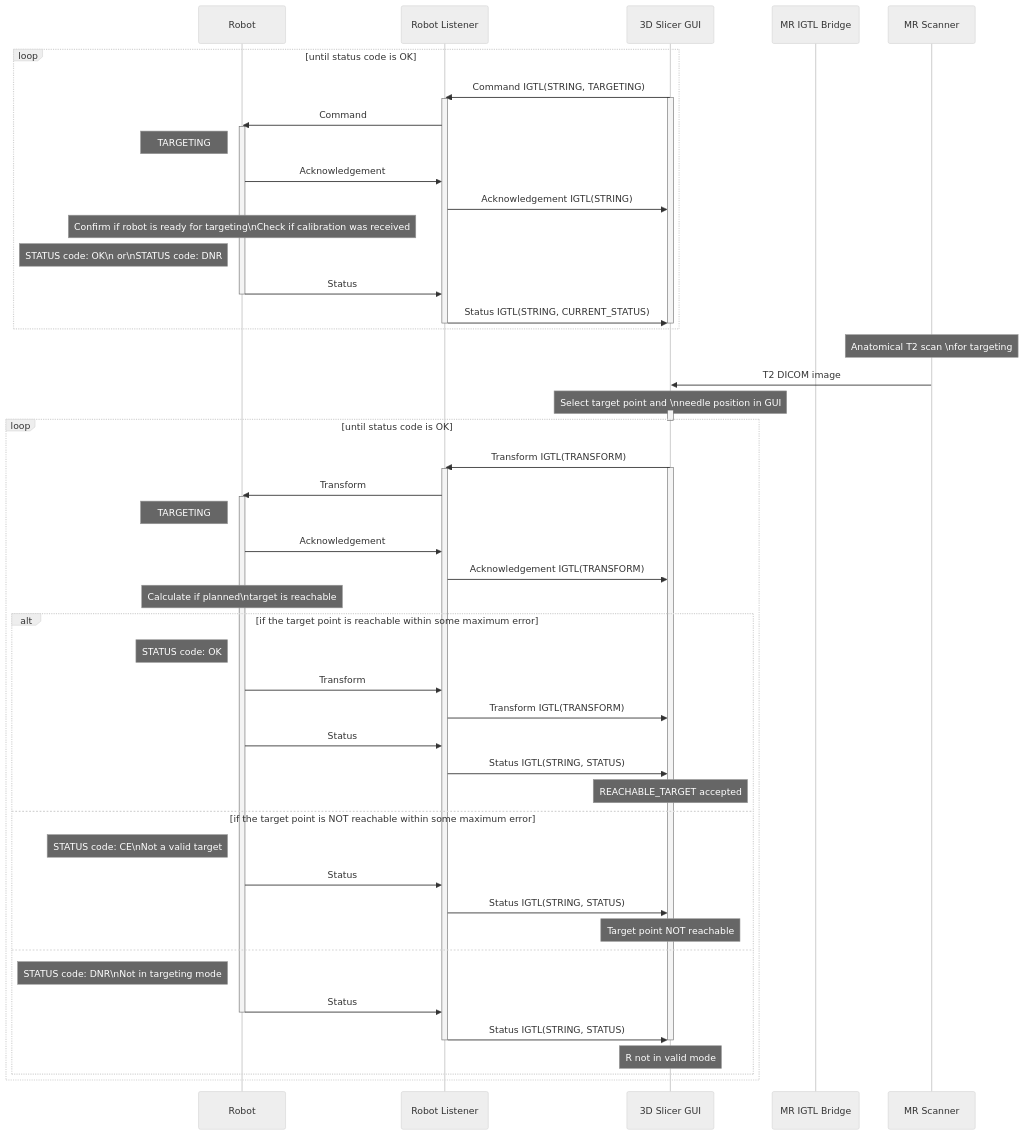
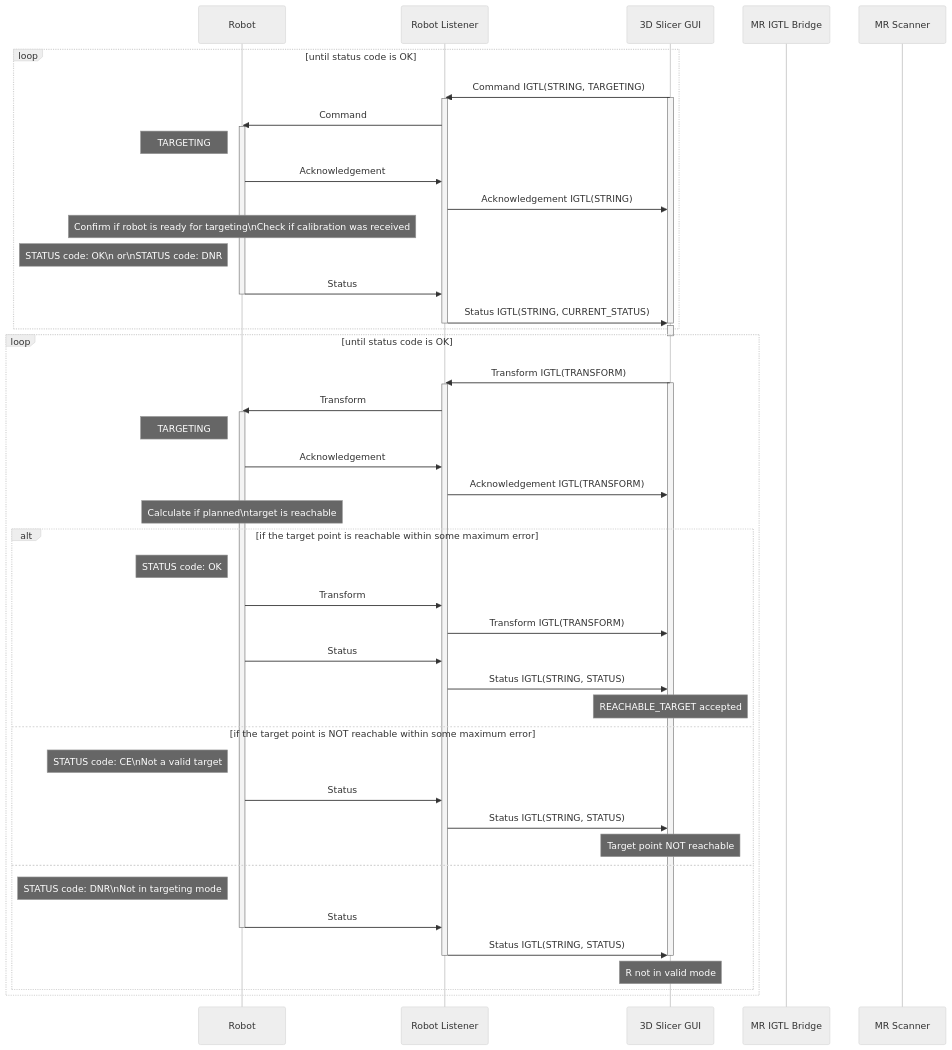
One commit to ProstateBRP/BRPRobot2021 changed the fourth of 6 diagrams in README.md. Above: the diagram before and after it, drawn with Mermaid (neutral theme). The commit also changed other lines of this file, not shown here.

````diff
--- a/README.md
+++ b/README.md
@@ -165,71 +165,67 @@
 ```mermaid
 sequenceDiagram
 
 participant R as Robot
 participant RL as Robot Listener
 participant SGUI as 3D Slicer GUI
 participant MRIGTL  as MR IGTL Bridge
 participant MRS as MR Scanner
 
 loop until status code is OK
 SGUI->>RL:Command IGTL(STRING, TARGETING)
 activate SGUI
 activate RL
 RL->>R:Command
 activate R
 note left of R:TARGETING
 R->>RL:Acknowledgement
 RL->>SGUI:Acknowledgement IGTL(STRING)
 note over R:Confirm if robot is ready for targeting\nCheck if calibration was received
 note left of R:STATUS code: OK\n              or\nSTATUS code: DNR
 R->>RL:Status
 deactivate R
 RL->>SGUI:Status IGTL(STRING, CURRENT_STATUS)
 deactivate SGUI
 deactivate RL
 end
-
-note over MRS:Anatomical T2 scan \nfor targeting
-MRS->>SGUI:T2 DICOM image
-note over SGUI:Select target point and \nneedle position in GUI
 
 activate SGUI
 deactivate SGUI
 loop until status code is OK
 SGUI->>RL:Transform IGTL(TRANSFORM)
 activate SGUI
 activate RL
 RL->>R:Transform
 activate R
 note left of R:TARGETING
 
 R->>RL:Acknowledgement
 RL->>SGUI:Acknowledgement IGTL(TRANSFORM)
 
 note over R:Calculate if planned\ntarget is reachable
 alt if the target point is reachable within some maximum error
 note left of R:STATUS code: OK
 R->>RL:Transform
 RL->>SGUI:Transform IGTL(TRANSFORM)
 R->>RL:Status
 RL->>SGUI:Status IGTL(STRING, STATUS)
 note over SGUI:REACHABLE_TARGET accepted
 
 else if the target point is NOT reachable within some maximum error
 note left of R:STATUS code: CE\nNot a valid target
 R->>RL:Status
 RL->>SGUI:Status IGTL(STRING, STATUS)
 note over SGUI:Target point NOT reachable
 
 else
 note left of R:STATUS code: DNR\nNot in targeting mode
 R->>RL:Status
 deactivate R
 RL->>SGUI:Status IGTL(STRING, STATUS)
 
 deactivate SGUI
 deactivate RL
 note over SGUI:R not in valid mode
 end
 end
 ```
````
